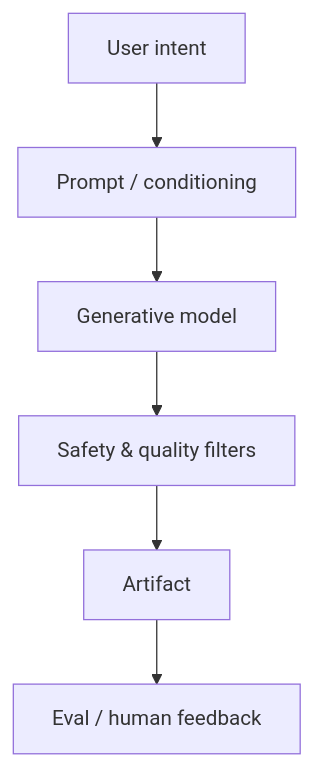
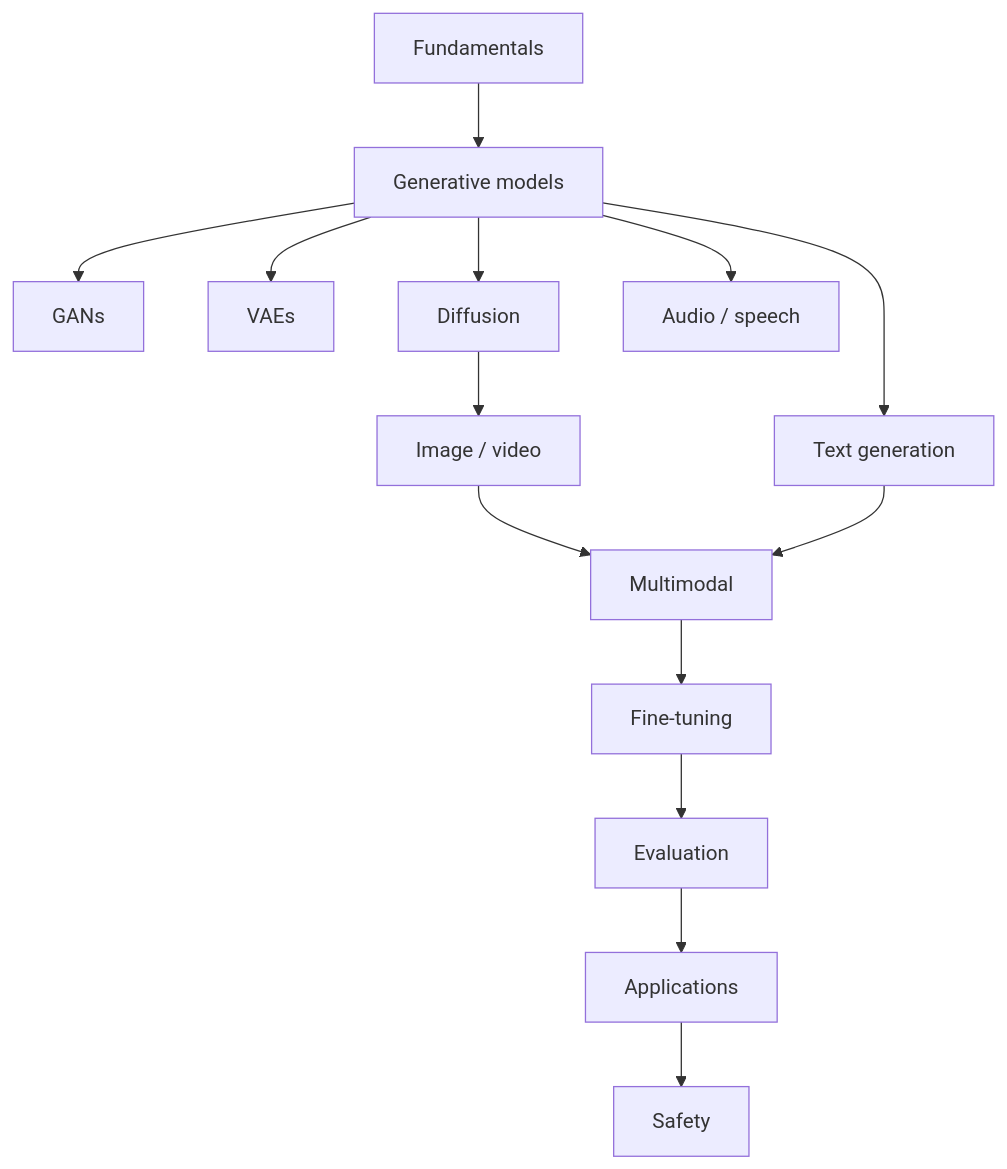
Before and after one commit to abdulsamad183/ai-engineering-playbook: the diagram in domains/generative-ai/README.md, drawn with Mermaid. The commit also changed other lines of this file and 92 other files, not shown here.

````diff
--- a/domains/generative-ai/README.md
+++ b/domains/generative-ai/README.md
@@ -18,8 +31,16 @@
 ```mermaid
 flowchart TB
-  User[User intent] --> Prompt[Prompt / conditioning]
-  Prompt --> Model[Generative model]
-  Model --> Filter[Safety & quality filters]
-  Filter --> Out[Artifact]
-  Out --> Feedback[Eval / human feedback]
+  F[Fundamentals] --> M[Generative models]
+  M --> GAN[GANs]
+  M --> VAE[VAEs]
+  M --> Diff[Diffusion]
+  Diff --> Img[Image / video]
+  M --> Text[Text generation]
+  M --> Audio[Audio / speech]
+  Img --> MM[Multimodal]
+  Text --> MM
+  MM --> FT[Fine-tuning]
+  FT --> Eval[Evaluation]
+  Eval --> Apps[Applications]
+  Apps --> Safe[Safety]
 ```
````
